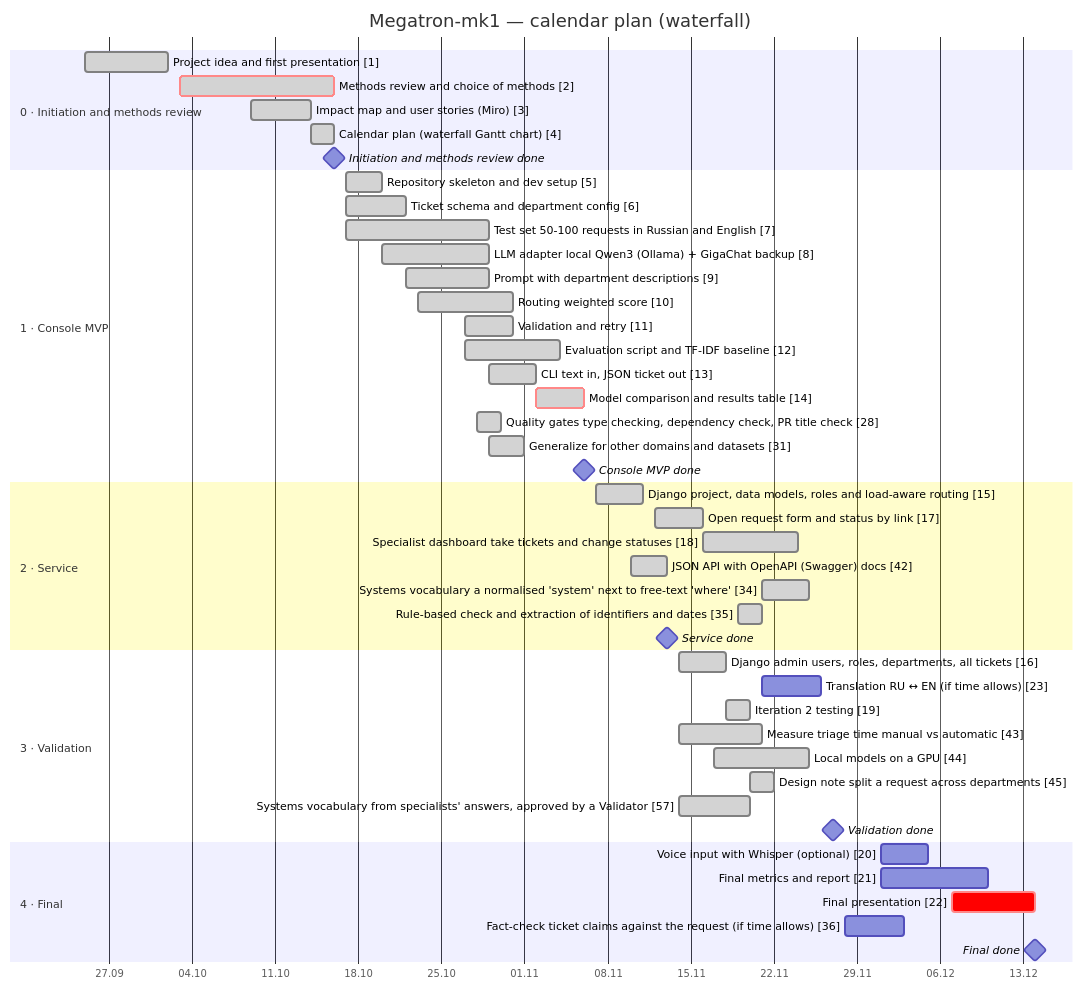
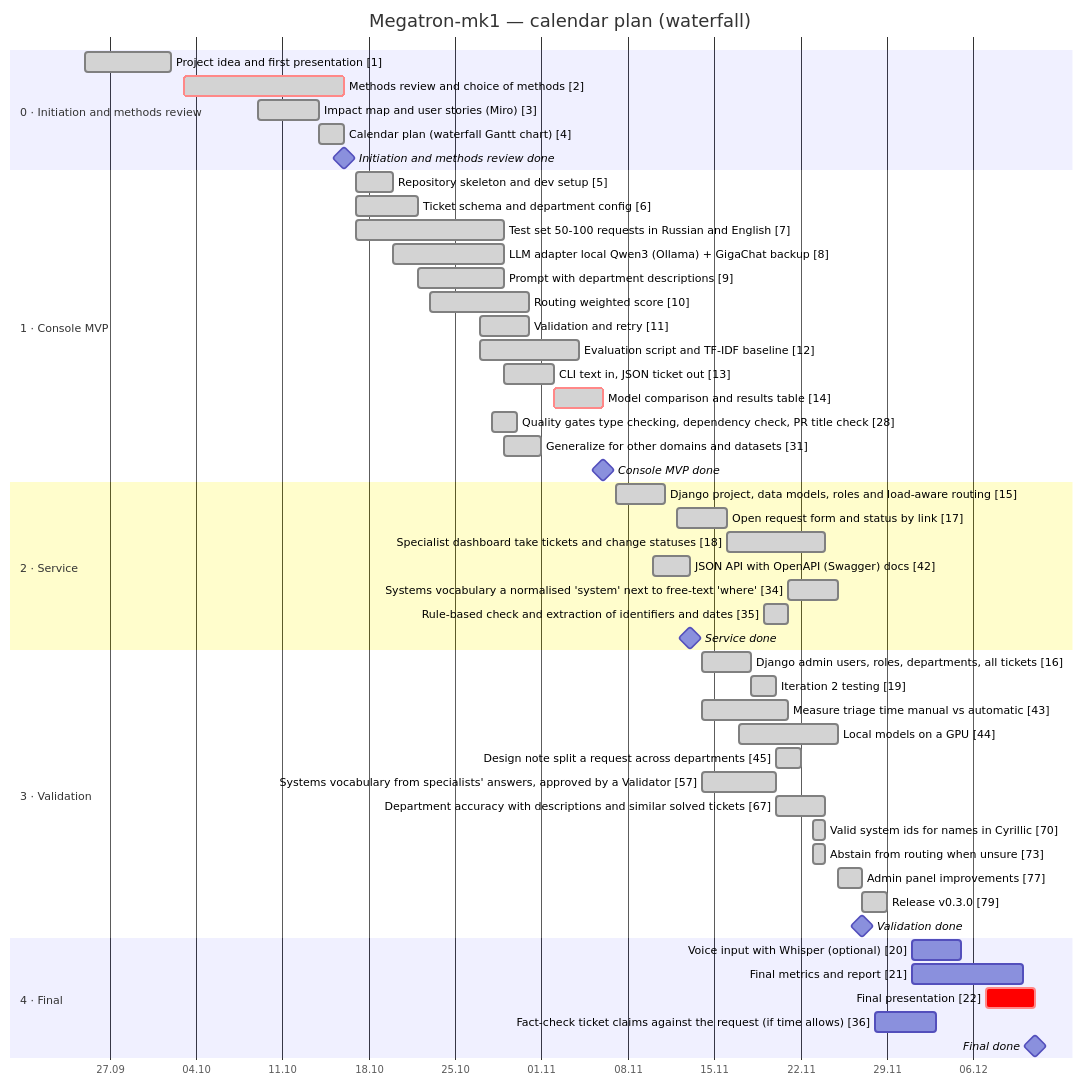
The diagram in README.md (Leenday/support_megatron_mk1), drawn with Mermaid before and after one commit. The commit also changed other lines of this file and 5 other files, not shown here.

````diff
--- a/README.md
+++ b/README.md
@@ -138,50 +138,54 @@
 ```mermaid
 gantt
     title Megatron-mk1 — calendar plan (waterfall)
     dateFormat YYYY-MM-DD
     axisFormat %d.%m
     todayMarker on
     section 0 · Initiation and methods review
     Project idea and first presentation [1] :done, t1, 2026-09-25, 2026-10-02
     Methods review and choice of methods [2] :done, crit, t2, 2026-10-03, 2026-10-16
     Impact map and user stories (Miro) [3] :done, t3, 2026-10-09, 2026-10-14
     Calendar plan (waterfall Gantt chart) [4] :done, t4, 2026-10-14, 2026-10-16
     Initiation and methods review done :milestone, m0, 2026-10-16, 0d
     section 1 · Console MVP
     Repository skeleton and dev setup [5] :done, t5, 2026-10-17, 2026-10-20
     Ticket schema and department config [6] :done, t6, 2026-10-17, 2026-10-22
     Test set 50-100 requests in Russian and English [7] :done, t7, 2026-10-17, 2026-10-29
     LLM adapter local Qwen3 (Ollama) + GigaChat backup [8] :done, t8, 2026-10-20, 2026-10-29
     Prompt with department descriptions [9] :done, t9, 2026-10-22, 2026-10-29
     Routing weighted score [10] :done, t10, 2026-10-23, 2026-10-31
     Validation and retry [11] :done, t11, 2026-10-27, 2026-10-31
     Evaluation script and TF-IDF baseline [12] :done, t12, 2026-10-27, 2026-11-04
     CLI text in, JSON ticket out [13] :done, t13, 2026-10-29, 2026-11-02
     Model comparison and results table [14] :done, crit, t14, 2026-11-02, 2026-11-06
     Quality gates type checking, dependency check, PR title check [28] :done, t28, 2026-10-28, 2026-10-30
     Generalize for other domains and datasets [31] :done, t31, 2026-10-29, 2026-11-01
     Console MVP done :milestone, m1, 2026-11-06, 0d
     section 2 · Service
     Django project, data models, roles and load-aware routing [15] :done, t15, 2026-11-07, 2026-11-11
     Open request form and status by link [17] :done, t17, 2026-11-12, 2026-11-16
     Specialist dashboard take tickets and change statuses [18] :done, t18, 2026-11-16, 2026-11-24
     JSON API with OpenAPI (Swagger) docs [42] :done, t42, 2026-11-10, 2026-11-13
     Systems vocabulary a normalised 'system' next to free-text 'where' [34] :done, t34, 2026-11-21, 2026-11-25
     Rule-based check and extraction of identifiers and dates [35] :done, t35, 2026-11-19, 2026-11-21
     Service done :milestone, m2, 2026-11-13, 0d
     section 3 · Validation
     Django admin users, roles, departments, all tickets [16] :done, t16, 2026-11-14, 2026-11-18
-    Translation RU ↔ EN (if time allows) [23] :t23, 2026-11-21, 2026-11-26
     Iteration 2 testing [19] :done, t19, 2026-11-18, 2026-11-20
     Measure triage time manual vs automatic [43] :done, t43, 2026-11-14, 2026-11-21
     Local models on a GPU [44] :done, t44, 2026-11-17, 2026-11-25
     Design note split a request across departments [45] :done, t45, 2026-11-20, 2026-11-22
     Systems vocabulary from specialists' answers, approved by a Validator [57] :done, t57, 2026-11-14, 2026-11-20
+    Department accuracy with descriptions and similar solved tickets [67] :done, t67, 2026-11-20, 2026-11-24
+    Valid system ids for names in Cyrillic [70] :done, t70, 2026-11-23, 1d
+    Abstain from routing when unsure [73] :done, t73, 2026-11-23, 2026-11-24
+    Admin panel improvements [77] :done, t77, 2026-11-25, 2026-11-27
+    Release v0.3.0 [79] :done, t79, 2026-11-27, 2026-11-29
     Validation done :milestone, m3, 2026-11-27, 0d
     section 4 · Final
     Voice input with Whisper (optional) [20] :t20, 2026-12-01, 2026-12-05
     Final metrics and report [21] :t21, 2026-12-01, 2026-12-10
-    Final presentation [22] :crit, t22, 2026-12-07, 2026-12-14
+    Final presentation [22] :crit, t22, 2026-12-07, 2026-12-11
     Fact-check ticket claims against the request (if time allows) [36] :t36, 2026-11-28, 2026-12-03
-    Final done :milestone, m4, 2026-12-14, 0d
+    Final done :milestone, m4, 2026-12-11, 0d
 ```
````
